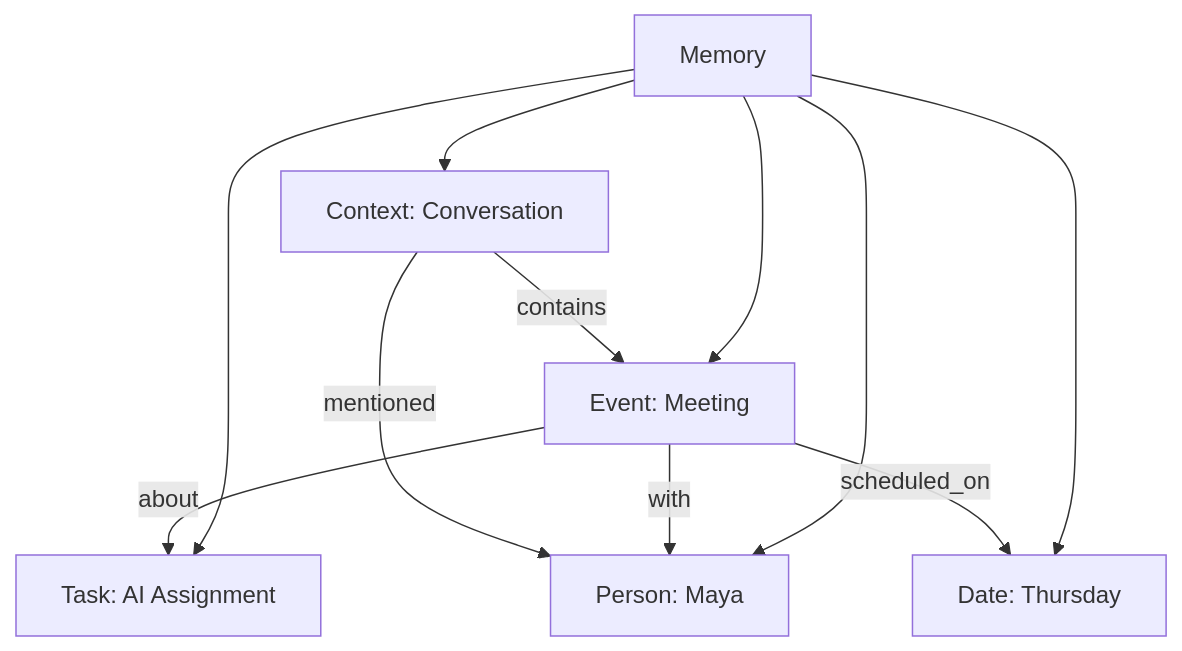
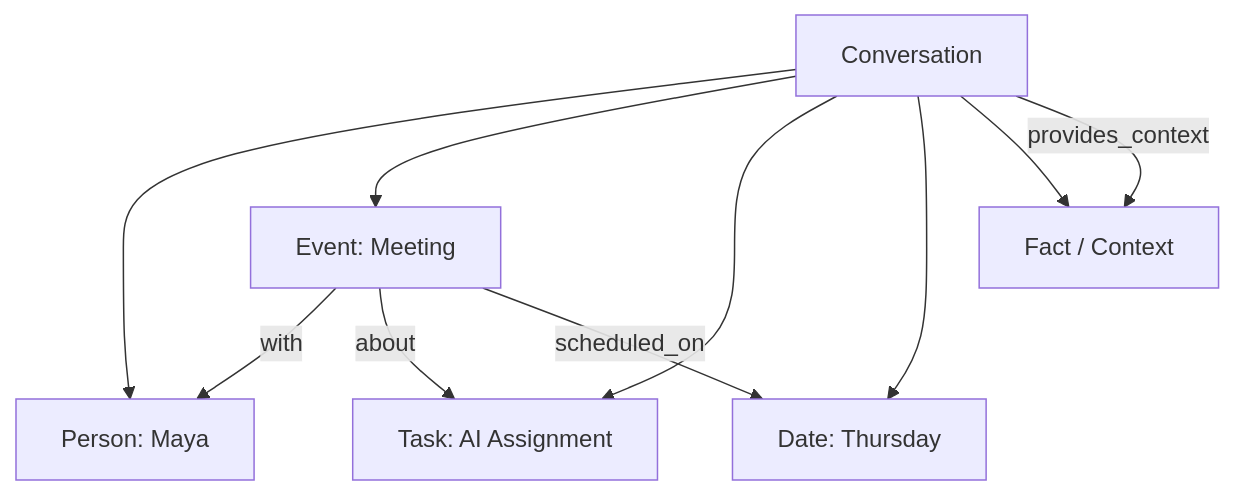
Before and after one commit to AroonZafar/EchoMind: the third of 8 diagrams in README.md, drawn with Mermaid. The commit also changed other lines of this file, not shown here.

````diff
--- a/README.md
+++ b/README.md
@@ -131,21 +187,15 @@
-```mermaid
+~~~mermaid
 graph TD
-    M[Memory]
-    P[Person: Maya]
-    E[Event: Meeting]
-    T[Task: AI Assignment]
-    D[Date: Thursday]
-    C[Context: Conversation]
+    C[Conversation]
 
-    M --> P
-    M --> E
-    M --> T
-    M --> D
-    M --> C
+    C --> P[Person: Maya]
+    C --> E[Event: Meeting]
+    C --> T[Task: AI Assignment]
+    C --> D[Date: Thursday]
+    C --> F[Fact / Context]
 
     E -->|with| P
     E -->|about| T
     E -->|scheduled_on| D
-    C -->|mentioned| P
-    C -->|contains| E
-```
+    C -->|provides_context| F
+~~~
````
